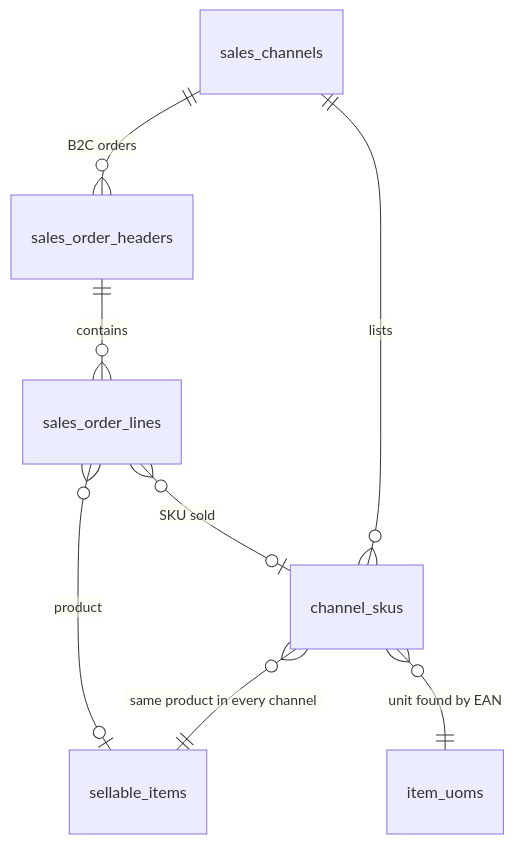
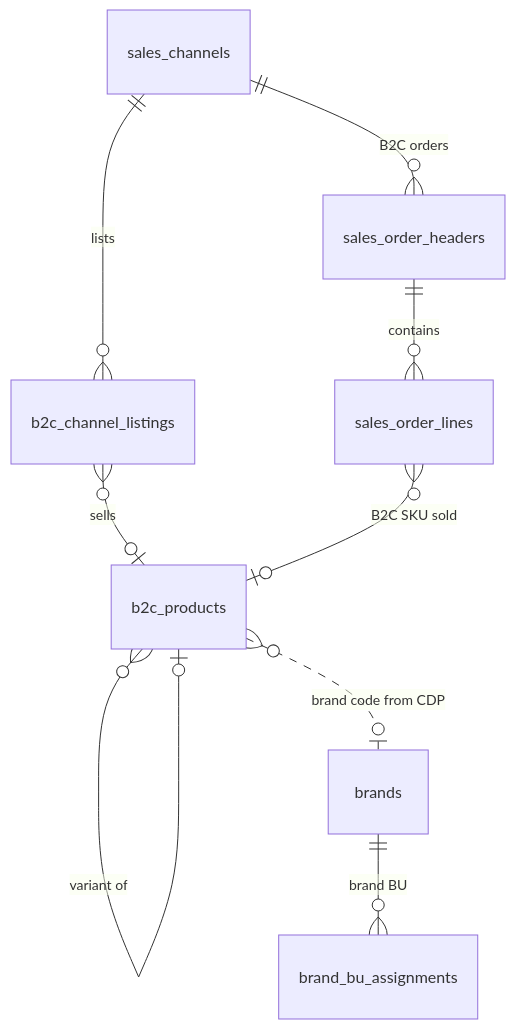
One commit to siripongphiwkhaw/CRM-sim changed the fourth of 4 diagrams in docs/ajt-design-data-model-v6.md. Above: the diagram before and after it, drawn with Mermaid. The commit also changed other lines of this file and 4 other files, not shown here.

First line of the commit message:
Revision 6: separate B2C SKU catalog, brand from the CDP

````diff
--- a/docs/ajt-design-data-model-v6.md
+++ b/docs/ajt-design-data-model-v6.md
@@ -1357,10 +1373,11 @@
 ```mermaid
 erDiagram
-  sales_channels ||--o{ channel_skus : lists
-  channel_skus }o--|| sellable_items : "same product in every channel"
-  channel_skus }o--|| item_uoms : "unit found by EAN"
+  sales_channels ||--o{ b2c_channel_listings : lists
+  b2c_channel_listings }o--o| b2c_products : "sells"
+  b2c_products }o--o| b2c_products : "variant of"
+  b2c_products }o..o| brands : "brand code from CDP"
+  brands ||--o{ brand_bu_assignments : "brand BU"
   sales_channels ||--o{ sales_order_headers : "B2C orders"
   sales_order_headers ||--o{ sales_order_lines : contains
-  sales_order_lines }o--o| channel_skus : "SKU sold"
-  sales_order_lines }o--o| sellable_items : "product"
+  sales_order_lines }o--o| b2c_products : "B2C SKU sold"
 ```
````
